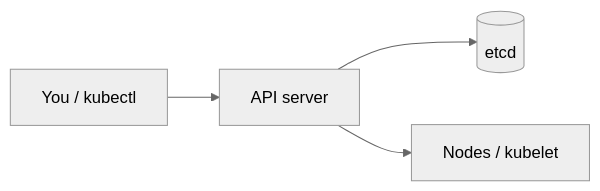
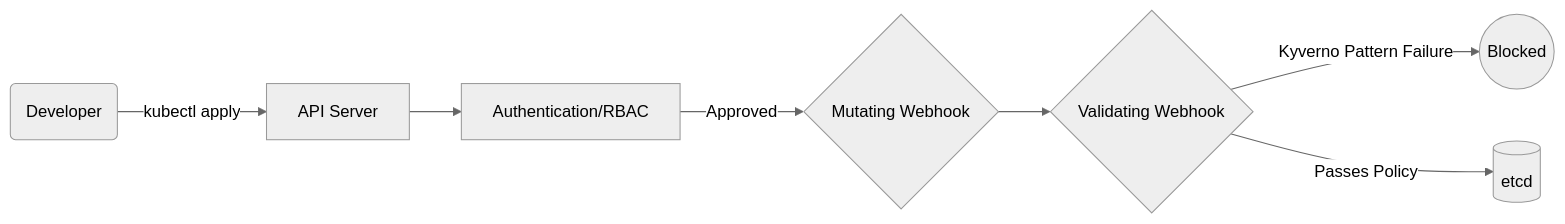
The diagram in 05-Security-and-Policy/04-admission-controls/README.md (TechITFactory/KubernetesFullStackOps), drawn with Mermaid (neutral theme) before and after one commit. The commit also changed other lines of this file and 191 other files, not shown here.

````diff
--- a/05-Security-and-Policy/04-admission-controls/README.md
+++ b/05-Security-and-Policy/04-admission-controls/README.md
@@ -74,6 +19,9 @@
 ```mermaid
 flowchart LR
-  U[You / kubectl] --> API[API server]
-  API --> ETCD[(etcd)]
-  API --> N[Nodes / kubelet]
+    U(Developer) -->|kubectl apply| API[API Server]
+    API --> A[Authentication/RBAC]
+    A -->|Approved| M{Mutating Webhook}
+    M --> V{Validating Webhook}
+    V -->|Kyverno Pattern Failure| R((Blocked))
+    V -->|Passes Policy| E[(etcd)]
 ```
````
